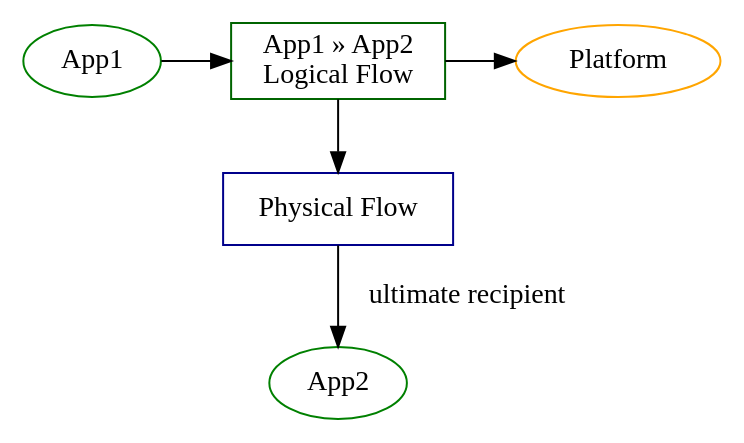
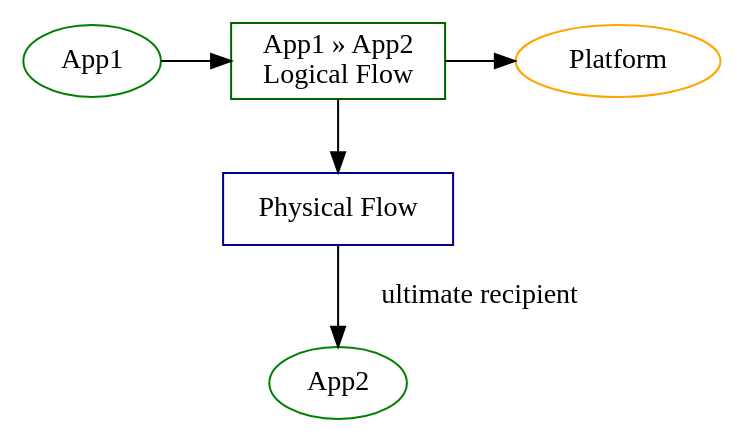
The eighth of 8 diagrams in docs/design/draft/platform/platform-flows.adoc (finos/waltz), drawn with Graphviz before and after one commit. The commit also changed other lines of this file, not shown here.

```diff
--- a/docs/design/draft/platform/platform-flows.adoc
+++ b/docs/design/draft/platform/platform-flows.adoc
@@ -286,20 +284,20 @@
 [graphviz, ultimate, svg]
 ----
 digraph B {
     app1[label="App1", color="green"];
     app2[label="App2", color="green"];
     plat[label="Platform", color="orange"];
 
     lf1[label="App1 &raquo; App2\nLogical Flow", shape=box, color=darkgreen, style=solid];
 
     pf1[label="Physical Flow", shape=box, style=solid, color=darkblue];
 
     app1 -> lf1 -> plat;
 
     lf1 -> pf1;
 
-    pf1 -> app2 [label="ultimate recipient"];
+    pf1 -> app2 [label="  ultimate recipient"];
 
     {rank = same; app1; plat; lf1}
 }
 ----
```
